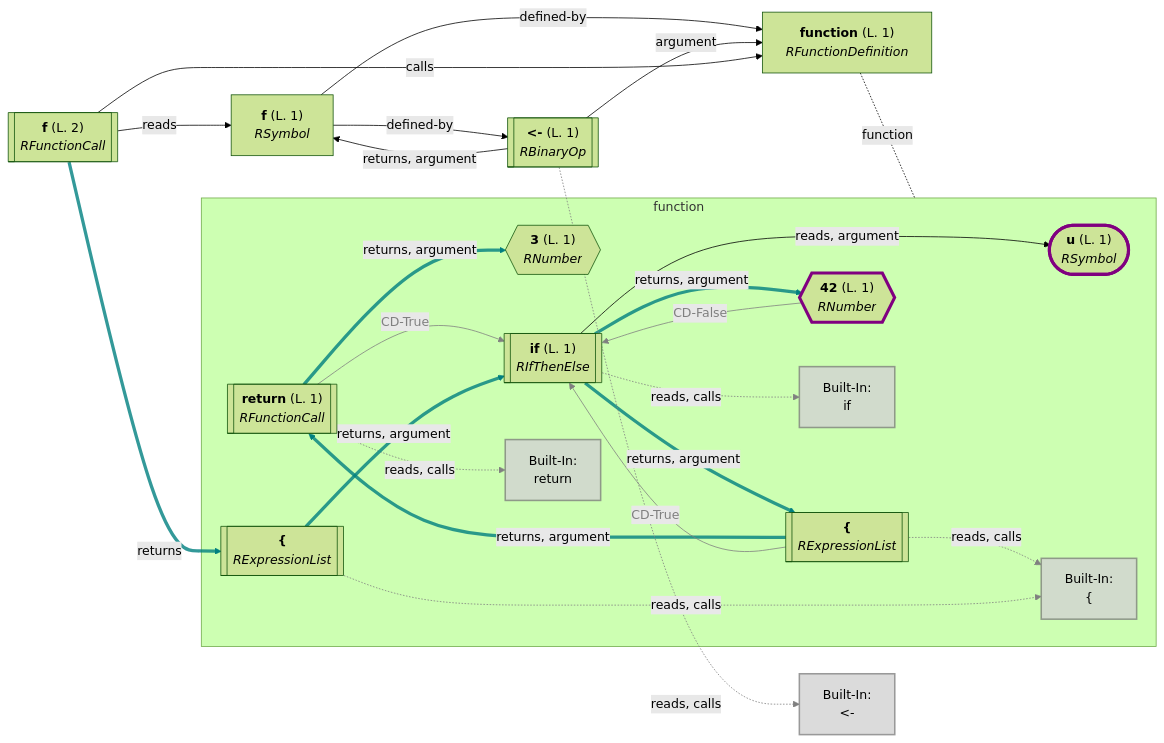
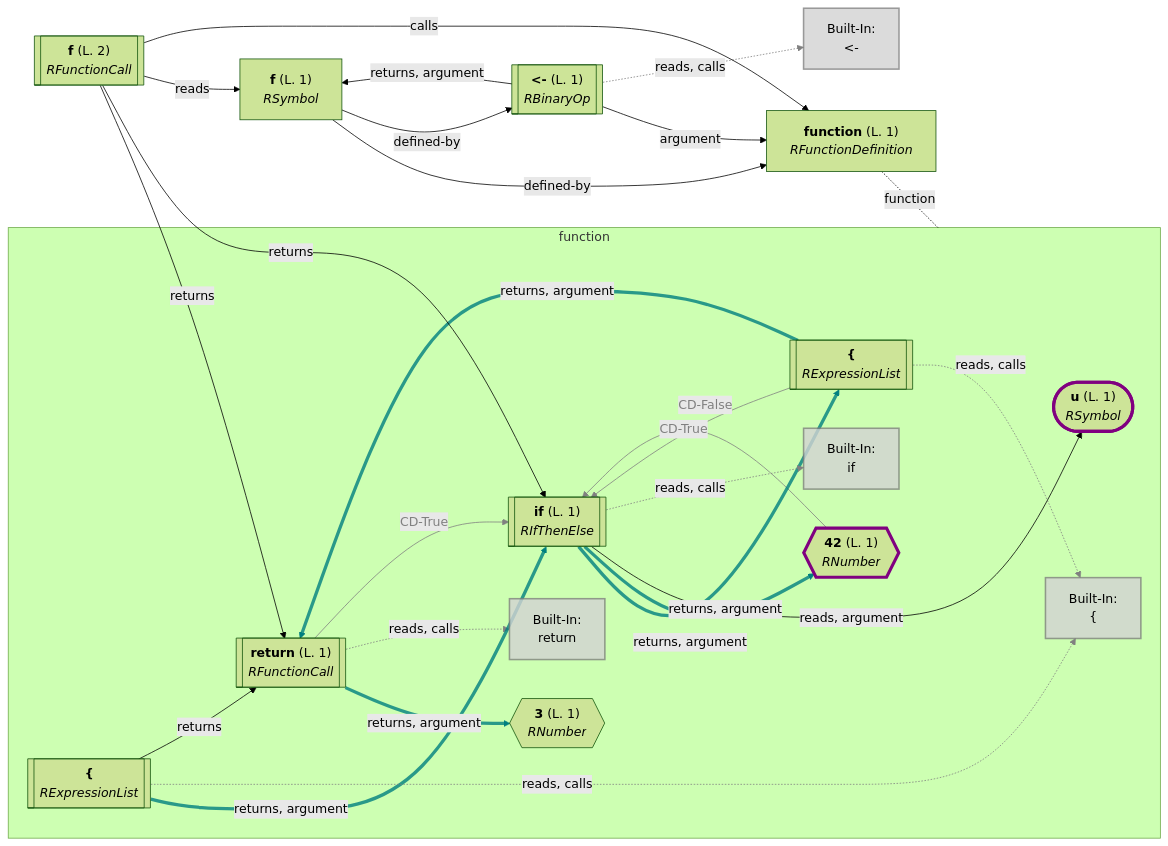
Before and after one commit to flowr-analysis/flowr: diagram 36 of 51 in wiki/Dataflow Graph.md, drawn with Mermaid (forest theme). The commit also changed other lines of this file and 13 other files, not shown here.

Commit message:
[skip ci] doc: update generated wiki pages (wiki/Capabilities,wiki/Dataflow Graph,wiki/Interface,wiki/Core,README)

````diff
--- a/wiki/Dataflow Graph.md
+++ b/wiki/Dataflow Graph.md
@@ -4694,79 +4699,80 @@
 ```mermaid
 flowchart LR
     16["`**function** (L. 1)
 *RFunctionDefinition*`"]
 
 subgraph "flow-16" ["function"]
     3(["`**u** (L. 1)
 *RSymbol*`"])
     7{{"`**3** (L. 1)
 *RNumber*`"}}
     9[["`**return** (L. 1)
 *RFunctionCall*`"]]
     built-in:return["`Built-In:
 return`"]
     style built-in:return stroke:gray,fill:lightgray,stroke-width:2px,opacity:.8;
     11[["`**#123;**
 *RExpressionList*`"]]
     built-in:_["`Built-In:
 #123;`"]
     style built-in:_ stroke:gray,fill:lightgray,stroke-width:2px,opacity:.8;
     12{{"`**42** (L. 1)
 *RNumber*`"}}
     14[["`**if** (L. 1)
 *RIfThenElse*`"]]
     built-in:if["`Built-In:
 if`"]
     style built-in:if stroke:gray,fill:lightgray,stroke-width:2px,opacity:.8;
     15[["`**#123;**
 *RExpressionList*`"]]
     style 12 stroke:purple,stroke-width:4px; 
     style 3 stroke:purple,stroke-width:4px; 
 end
     0["`**f** (L. 1)
 *RSymbol*`"]
     17[["`**#60;#45;** (L. 1)
 *RBinaryOp*`"]]
     built-in:_-["`Built-In:
 #60;#45;`"]
     style built-in:_- stroke:gray,fill:lightgray,stroke-width:2px,opacity:.8;
     19[["`**f** (L. 2)
 *RFunctionCall*`"]]
     9 -->|"returns, argument"| 7
     linkStyle 0 stroke:teal,stroke-width:4.2px,stroke-opacity:.8
     9 -.->|"reads, calls"| built-in:return
     linkStyle 1 stroke:gray;
     9 -->|"CD-True"| 14
     linkStyle 2 stroke:gray,color:gray;
     11 -->|"returns, argument"| 9
     linkStyle 3 stroke:teal,stroke-width:4.2px,stroke-opacity:.8
     11 -.->|"reads, calls"| built-in:_
     linkStyle 4 stroke:gray;
     11 -->|"CD-True"| 14
     linkStyle 5 stroke:gray,color:gray;
     12 -->|"CD-False"| 14
     linkStyle 6 stroke:gray,color:gray;
     14 -->|"returns, argument"| 11
     linkStyle 7 stroke:teal,stroke-width:4.2px,stroke-opacity:.8
     14 -->|"returns, argument"| 12
     linkStyle 8 stroke:teal,stroke-width:4.2px,stroke-opacity:.8
     14 -->|"reads, argument"| 3
     14 -.->|"reads, calls"| built-in:if
     linkStyle 10 stroke:gray;
     15 -->|"returns, argument"| 14
     linkStyle 11 stroke:teal,stroke-width:4.2px,stroke-opacity:.8
     15 -.->|"reads, calls"| built-in:_
     linkStyle 12 stroke:gray;
+    15 -->|"returns"| 9
 16 -.-|function| flow-16
 
     0 -->|"defined-by"| 16
     0 -->|"defined-by"| 17
     17 -->|"argument"| 16
     17 -->|"returns, argument"| 0
     17 -.->|"reads, calls"| built-in:_-
-    linkStyle 18 stroke:gray;
+    linkStyle 19 stroke:gray;
     19 -->|"reads"| 0
-    19 -->|"returns"| 15
-    linkStyle 20 stroke:teal,stroke-width:4.2px,stroke-opacity:.8
+    19 -->|"returns"| 9
+    19 -->|"returns"| 14
     19 -->|"calls"| 16
 ```
````
